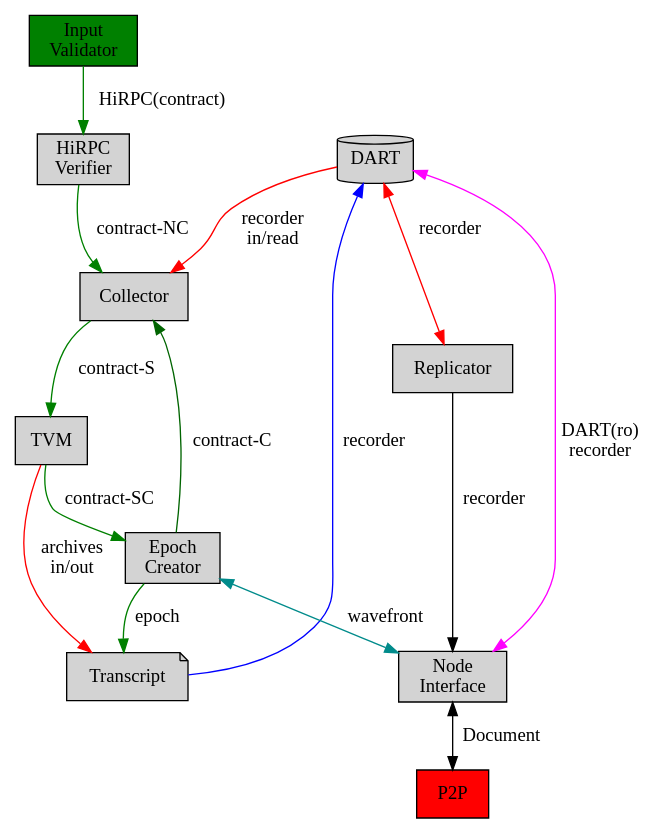
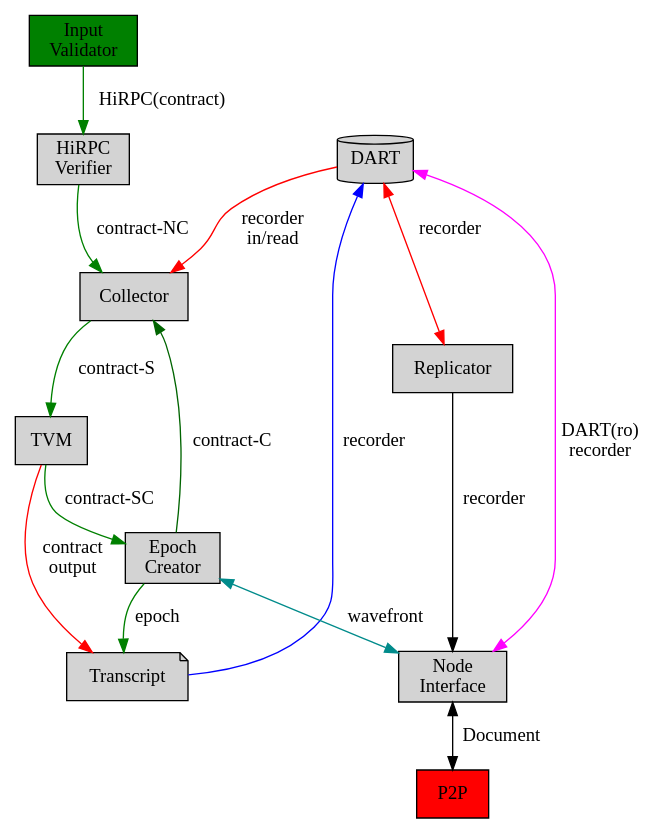
The first of 2 diagrams in documents/architecture/Network_Architecture.md (tagion/tagion), drawn with Graphviz before and after one commit. The commit also changed 1 other file, not shown here.

Commit message:
WIP: documents/architecture/TVM.md updated

````diff
--- a/documents/architecture/Network_Architecture.md
+++ b/documents/architecture/Network_Architecture.md
@@ -31,33 +31,33 @@
 ```graphviz
 digraph Message_flow {
   compound=true;
   labelangle=35;
   node [style=filled]
   node [ shape = "rect"];
   DART [href="#/documents/architecture/DART.md" shape = cylinder];
   Input [href="#/documents/architecture/InputValidator.md" label="Input\nValidator" style=filled fillcolor=green ]
   P2P [ style=filled fillcolor=red]
   HiRPCVerifier [href="#/documents/architecture/HiRPCVerifier.md"  label="HiRPC\nVerifier"]
   NodeInterface [href="#/documents/architecture/NodeInterface.md"  label="Node\nInterface"]
   Transcript [href="#/documents/architecture/Transcript.md" shape = note]
   EpochCreator [href="#/documents/architecture/EpochCreator.md" label="Epoch\nCreator"]
   TVM [href="#/documents/architecture/TVM.md"]
   Collector [href="#/documents/architecture/Collector.md"]
   Replicator [href="#/documents/architecture/Replicator.md"]
 
   Input -> HiRPCVerifier [label="HiRPC(contract)" color=green];
   HiRPCVerifier -> Collector [label="contract-NC" color=green];
   Collector -> TVM [label="contract-S" color=green];
   EpochCreator -> Collector [label="contract-C" color=darkgreen];
   EpochCreator -> Transcript [label=epoch color=green];
-  TVM -> Transcript [label="archives\nin/out" color=red];
+  TVM -> Transcript [label="contract\noutput" color=red];
   TVM -> EpochCreator [label="contract-SC" color=green];
   DART -> Replicator [label=recorder color=red dir=both];
   DART -> NodeInterface [label="DART(ro)\nrecorder" dir=both color=magenta];
   NodeInterface -> P2P [label=Document dir=both];
   DART -> Collector [label="recorder\nin/read" color=red];
   EpochCreator -> NodeInterface [label=wavefront dir=both color=cyan4];
   Transcript -> DART [label=recorder color=blue];
   Replicator -> NodeInterface [label=recorder];
 }
 ```
````
